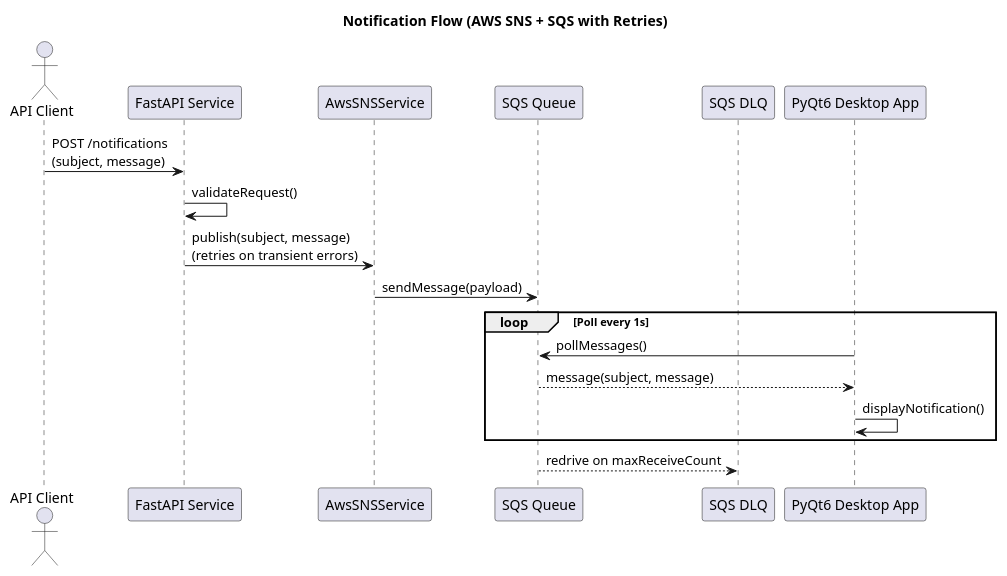
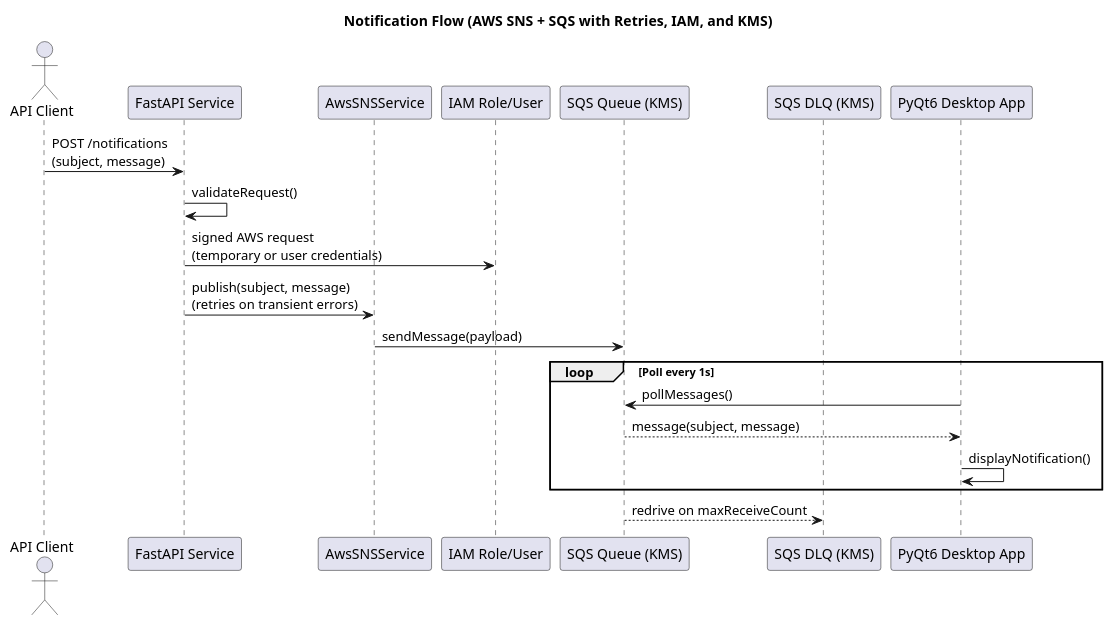
Before and after one commit to JuanPlazasEpam/sns-example: the diagram in diagrams/basic_flow.puml, drawn with PlantUML. The commit also changed 4 other files, not shown here.

```diff
--- a/diagrams/basic_flow.puml
+++ b/diagrams/basic_flow.puml
@@ -1,27 +1,29 @@
 @startuml
-title Notification Flow (AWS SNS + SQS with Retries)
+title Notification Flow (AWS SNS + SQS with Retries, IAM, and KMS)
 
 actor "API Client" as Client
 participant "FastAPI Service" as API
 participant "AwsSNSService" as SNS
-participant "SQS Queue" as SQS
-participant "SQS DLQ" as DLQ
+participant "IAM Role/User" as IAM
+participant "SQS Queue (KMS)" as SQS
+participant "SQS DLQ (KMS)" as DLQ
 participant "PyQt6 Desktop App" as Desktop
 
 Client -> API: POST /notifications\n(subject, message)
 
 API -> API: validateRequest()
 
+API -> IAM: signed AWS request\n(temporary or user credentials)
 API -> SNS: publish(subject, message)\n(retries on transient errors)
 
 SNS -> SQS: sendMessage(payload)
 
 loop Poll every 1s
     Desktop -> SQS: pollMessages()
     SQS --> Desktop: message(subject, message)
     Desktop -> Desktop: displayNotification()
 end
 
 SQS --> DLQ: redrive on maxReceiveCount
 
 @enduml
```
